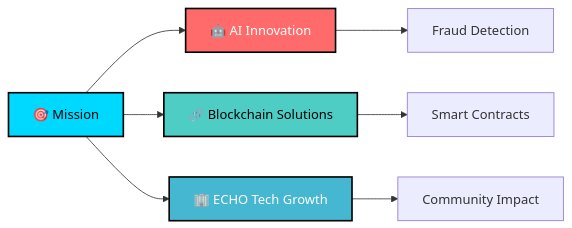
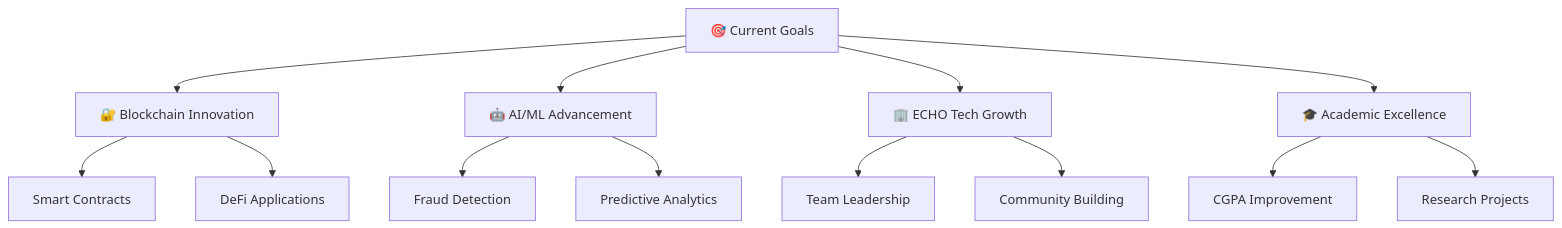
The diagram in README.md (iSHOURIYA/iSHOURIYA), drawn with Mermaid before and after one commit. The commit also changed other lines of this file, not shown here.

````diff
--- a/README.md
+++ b/README.md
@@ -117,15 +163,19 @@
 ```mermaid
-graph LR
-    A[🎯 Mission] --> B[🤖 AI Innovation]
-    A --> C[🔗 Blockchain Solutions]
+graph TD
+    A[🎯 Current Goals] --> B[🔐 Blockchain Innovation]
+    A --> C[🤖 AI/ML Advancement]
     A --> D[🏢 ECHO Tech Growth]
+    A --> E[🎓 Academic Excellence]
     
-    B --> E[Fraud Detection]
-    C --> F[Smart Contracts]
-    D --> G[Community Impact]
+    B --> F[Smart Contracts]
+    B --> G[DeFi Applications]
     
-    style A fill:#00D9FF,stroke:#000,stroke-width:2px,color:#000
-    style B fill:#FF6B6B,stroke:#000,stroke-width:2px,color:#fff
-    style C fill:#4ECDC4,stroke:#000,stroke-width:2px,color:#000
-    style D fill:#45B7D1,stroke:#000,stroke-width:2px,color:#fff
+    C --> H[Fraud Detection]
+    C --> I[Predictive Analytics]
+    
+    D --> J[Team Leadership]
+    D --> K[Community Building]
+    
+    E --> L[CGPA Improvement]
+    E --> M[Research Projects]
 ```
````
